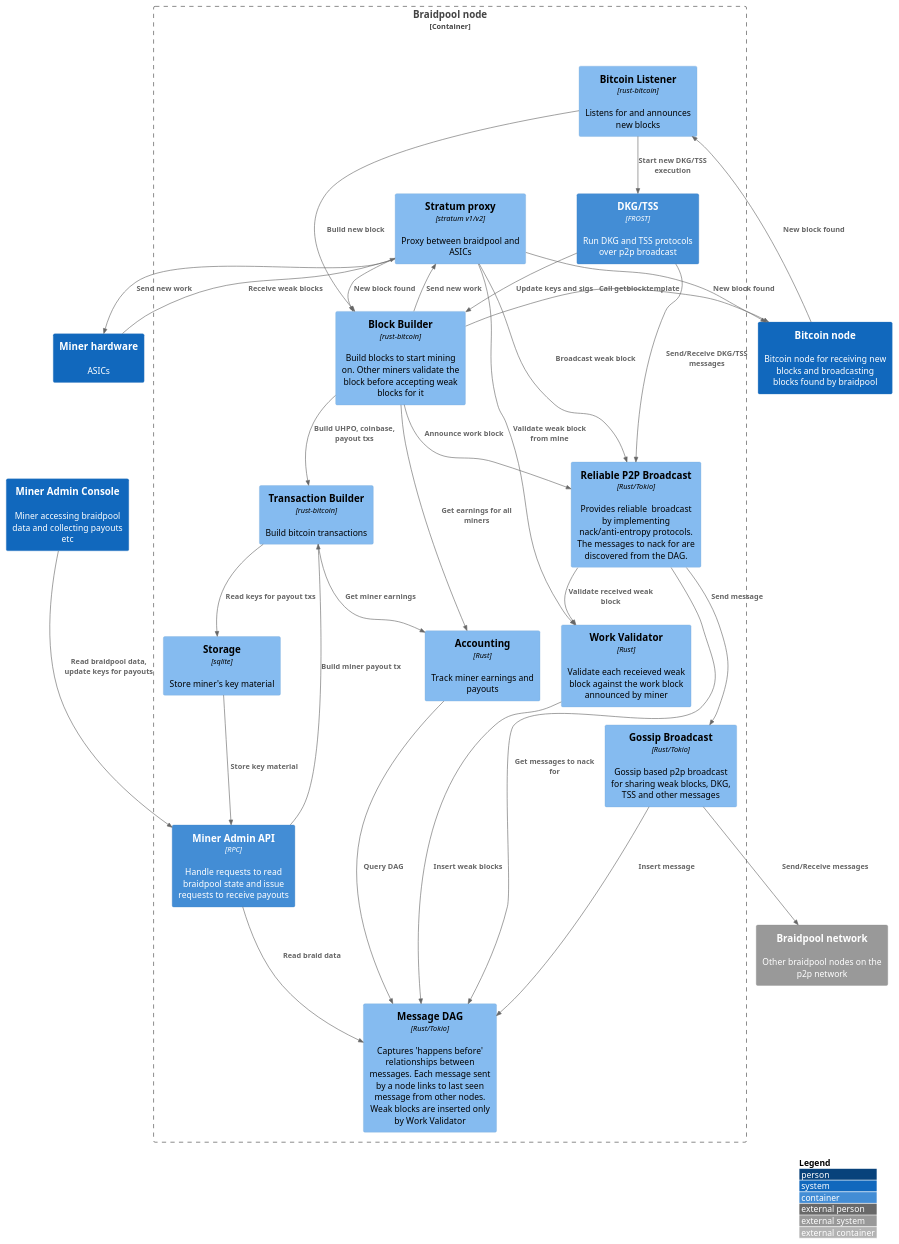
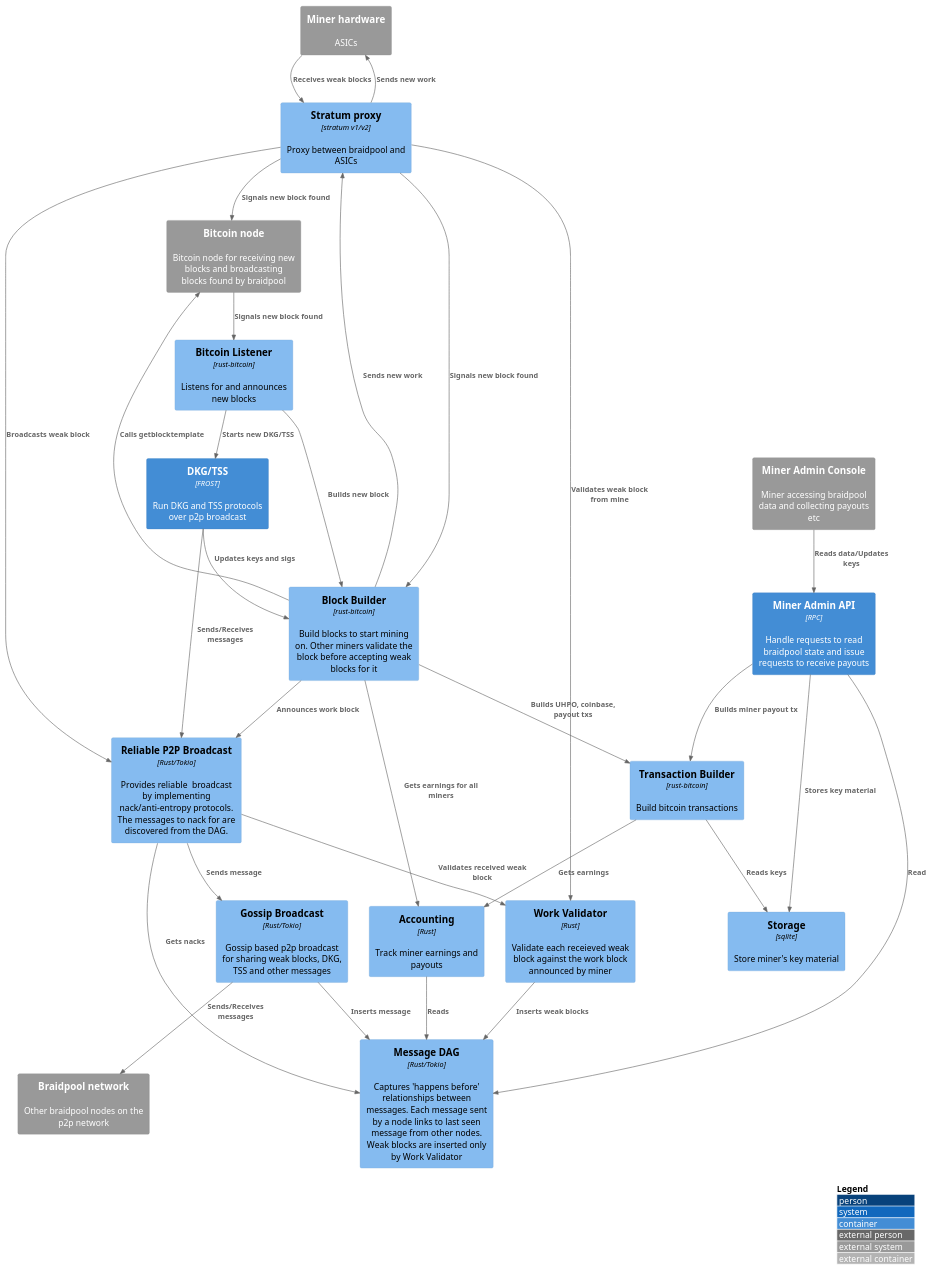
One commit to pool2win/blog-and-docs changed the diagram in docs/assets/architecture/braidpool_node.puml. Above: the diagram before and after it, drawn with PlantUML. The commit also changed 2 other files, not shown here.

```diff
--- a/docs/assets/architecture/braidpool_node.puml
+++ b/docs/assets/architecture/braidpool_node.puml
@@ -1,92 +1,92 @@
 @startuml braidpool_node
 
 !include C4_Component.puml
 !include C4_Container.puml
 !include C4_Context.puml
 !include C4_Deployment.puml
 
 LAYOUT_WITH_LEGEND()
 
-System(miningFacility, "Miner hardware", "ASICs")
-System(minerAdmin, "Miner Admin Console", "Miner accessing braidpool data and collecting payouts etc")
+System_Ext(miningFacility, "Miner hardware", "ASICs")
+System_Ext(minerAdmin, "Miner Admin Console", "Miner accessing braidpool data and collecting payouts etc")
 
-Lay_D(miningFacility, minerAdmin)
+/'
+ ' Lay_D(miningFacility, minerAdmin)
+ '/
 
 
-System(bitcoind, "Bitcoin node", "Bitcoin node for receiving new blocks and broadcasting blocks found by braidpool")
+System_Ext(bitcoind, "Bitcoin node", "Bitcoin node for receiving new blocks and broadcasting blocks found by braidpool")
 
 System_Ext(braidpool, "Braidpool network", "Other braidpool nodes on the p2p network")
 
-Container_Boundary("node", "Braidpool node") {
 	
-	Component(gossipBroadcast, "Gossip Broadcast", "Rust/Tokio", "Gossip based p2p broadcast for sharing weak blocks, DKG, TSS and other messages")
+Component(gossipBroadcast, "Gossip Broadcast", "Rust/Tokio", "Gossip based p2p broadcast for sharing weak blocks, DKG, TSS and other messages")
 
-	Component(messageDAG, "Message DAG", "Rust/Tokio", "Captures 'happens before' relationships between messages. Each message sent by a node links to last seen message from other nodes. Weak blocks are inserted only by Work Validator")
+Component(messageDAG, "Message DAG", "Rust/Tokio", "Captures 'happens before' relationships between messages. Each message sent by a node links to last seen message from other nodes. Weak blocks are inserted only by Work Validator")
 
-	Component(reliableBroadcast, "Reliable P2P Broadcast", "Rust/Tokio", "Provides reliable  broadcast by implementing nack/anti-entropy protocols. The messages to nack for are discovered from the DAG.")
+Component(reliableBroadcast, "Reliable P2P Broadcast", "Rust/Tokio", "Provides reliable  broadcast by implementing nack/anti-entropy protocols. The messages to nack for are discovered from the DAG.")
 
-	Component(blockBuilder, "Block Builder", "rust-bitcoin", "Build blocks to start mining on. Other miners validate the block before accepting weak blocks for it")	
+Component(blockBuilder, "Block Builder", "rust-bitcoin", "Build blocks to start mining on. Other miners validate the block before accepting weak blocks for it")	
 
-	Component(workValidtor, "Work Validator", "Rust", "Validate each receieved weak block against the work block announced by miner")
+Component(workValidtor, "Work Validator", "Rust", "Validate each receieved weak block against the work block announced by miner")
 
-	Component(stratum, "Stratum proxy", "stratum v1/v2", "Proxy between braidpool and ASICs")
+Component(stratum, "Stratum proxy", "stratum v1/v2", "Proxy between braidpool and ASICs")
 
-	Component(bitcoindClient, "Bitcoin Listener", "rust-bitcoin", "Listens for and announces new blocks")
+Component(bitcoindClient, "Bitcoin Listener", "rust-bitcoin", "Listens for and announces new blocks")
 
-	Container(frost, "DKG/TSS", "FROST", "Run DKG and TSS protocols over p2p broadcast")
+Container(frost, "DKG/TSS", "FROST", "Run DKG and TSS protocols over p2p broadcast")
 
-	Container(minerAdminAPI, "Miner Admin API", "RPC", "Handle requests to read braidpool state and issue requests to receive payouts")
+Container(minerAdminAPI, "Miner Admin API", "RPC", "Handle requests to read braidpool state and issue requests to receive payouts")
 
-	Component(txBuilder, "Transaction Builder", "rust-bitcoin", "Build bitcoin transactions")
+Component(txBuilder, "Transaction Builder", "rust-bitcoin", "Build bitcoin transactions")
 
-	Component(accounting, "Accounting", "Rust", "Track miner earnings and payouts")
+Component(accounting, "Accounting", "Rust", "Track miner earnings and payouts")
 
-	Component(storage, "Storage", "sqlite", "Store miner's key material")
-}
+Component(storage, "Storage", "sqlite", "Store miner's key material")
 
 
-Rel(gossipBroadcast, messageDAG, "Insert message")
-Rel(reliableBroadcast, messageDAG, "Get messages to nack for")
-Rel(reliableBroadcast, gossipBroadcast, "Send message")
+Rel(gossipBroadcast, messageDAG, "Inserts message")
+Rel(reliableBroadcast, messageDAG, "Gets nacks")
+Rel(reliableBroadcast, gossipBroadcast, "Sends message")
 
-Rel(blockBuilder, bitcoind, "Call getblocktemplate")
-Rel(blockBuilder, reliableBroadcast, "Announce work block")
+Rel(blockBuilder, bitcoind, "Calls getblocktemplate")
+Rel(blockBuilder, reliableBroadcast, "Announces work block")
 
-Rel(reliableBroadcast, workValidtor, "Validate received weak block")
+Rel(reliableBroadcast, workValidtor, "Validates received weak block")
 
-Rel(workValidtor, messageDAG, "Insert weak blocks")
+Rel(workValidtor, messageDAG, "Inserts weak blocks")
 
-Rel(miningFacility, stratum, "Receive weak blocks")
-Rel(stratum, miningFacility, "Send new work")
-Rel(stratum, reliableBroadcast, "Broadcast weak block")
-Rel(stratum, workValidtor, "Validate weak block from mine")
+Rel(miningFacility, stratum, "Receives weak blocks")
+Rel(stratum, miningFacility, "Sends new work")
+Rel(stratum, reliableBroadcast, "Broadcasts weak block")
+Rel(stratum, workValidtor, "Validates weak block from mine")
 
-Rel(blockBuilder, stratum, "Send new work")
+Rel(blockBuilder, stratum, "Sends new work")
 
-Rel(stratum, blockBuilder, "New block found")
-Rel(stratum, bitcoind, "New block found")
+Rel(stratum, blockBuilder, "Signals new block found")
+Rel(stratum, bitcoind, "Signals new block found")
 
-Rel(bitcoind, bitcoindClient, "New block found")
-Rel(bitcoindClient, blockBuilder, "Build new block")
-Rel(bitcoindClient, frost, "Start new DKG/TSS execution")
+Rel(bitcoind, bitcoindClient, "Signals new block found")
+Rel(bitcoindClient, blockBuilder, "Builds new block")
+Rel(bitcoindClient, frost, "Starts new DKG/TSS")
 
-Rel(frost, reliableBroadcast, "Send/Receive DKG/TSS messages")
-Rel(frost, blockBuilder, "Update keys and sigs")
+Rel(frost, reliableBroadcast, "Sends/Receives messages")
+Rel(frost, blockBuilder, "Updates keys and sigs")
 
-Rel(gossipBroadcast, braidpool, "Send/Receive messages")
+Rel(gossipBroadcast, braidpool, "Sends/Receives messages")
 
-Rel(minerAdminAPI, txBuilder, "Build miner payout tx")
+Rel(minerAdminAPI, txBuilder, "Builds miner payout tx")
 
-Rel(accounting, messageDAG, "Query DAG")
-Rel(blockBuilder, accounting, "Get earnings for all miners")
-Rel(txBuilder, accounting, "Get miner earnings")
-Rel(blockBuilder, txBuilder, "Build UHPO, coinbase, payout txs")
+Rel(accounting, messageDAG, "Reads")
+Rel(blockBuilder, accounting, "Gets earnings for all miners")
+Rel(txBuilder, accounting, "Gets earnings")
+Rel(blockBuilder, txBuilder, "Builds UHPO, coinbase, payout txs")
 
-Rel(minerAdmin, minerAdminAPI, "Read braidpool data, update keys for payouts")
+Rel(minerAdmin, minerAdminAPI, "Reads data/Updates keys")
 
-Rel(minerAdminAPI, messageDAG, "Read braid data")
+Rel(minerAdminAPI, messageDAG, "Read")
 
-Rel(storage, minerAdminAPI, "Store key material")
-Rel(txBuilder, storage, "Read keys for payout txs")
+Rel(minerAdminAPI, storage, "Stores key material")
+Rel(txBuilder, storage, "Reads keys")
 
 @enduml
```
